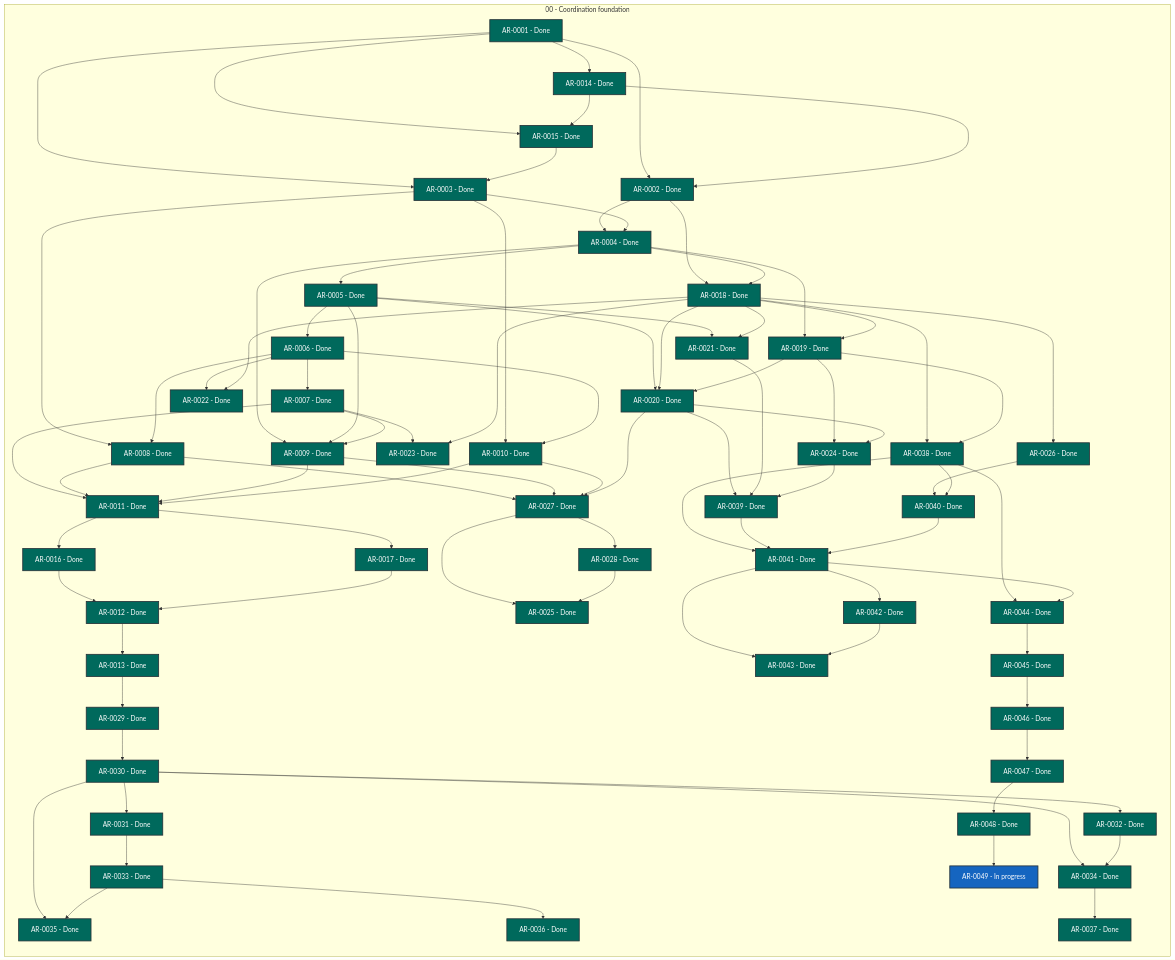
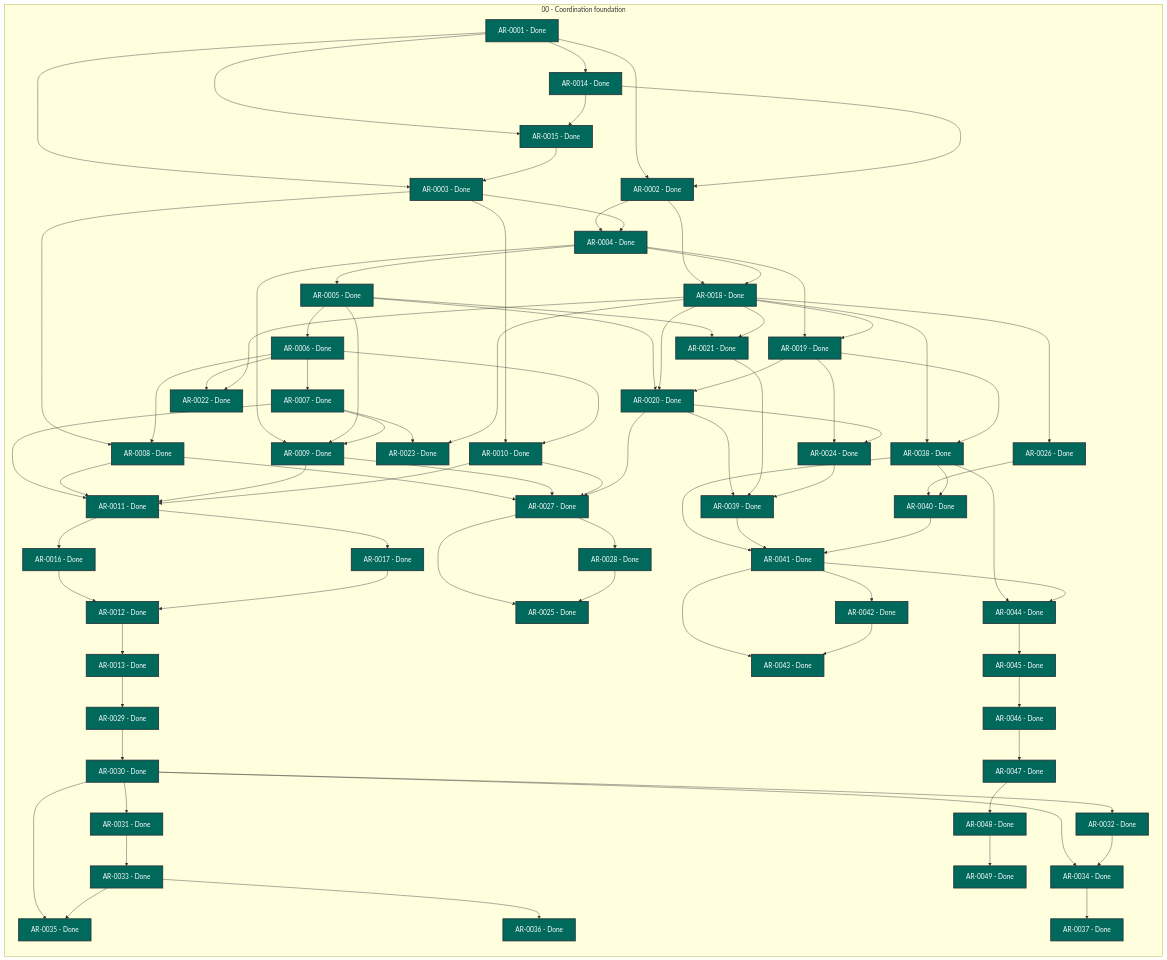
The diagram in STATUS.md (martin-beck/agent-workflow-tui-state), drawn with Mermaid before and after one commit. The commit also changed other lines of this file and 2 other files, not shown here.

```diff
--- a/STATUS.md
+++ b/STATUS.md
@@ -76,7 +76,7 @@
         AR_0046["AR-0046 - Done"]:::status_done
         AR_0047["AR-0047 - Done"]:::status_done
         AR_0048["AR-0048 - Done"]:::status_done
-        AR_0049["AR-0049 - In progress"]:::status_in_progress
+        AR_0049["AR-0049 - Done"]:::status_done
     end
     AR_0001 --> AR_0002
     AR_0001 --> AR_0003
```
